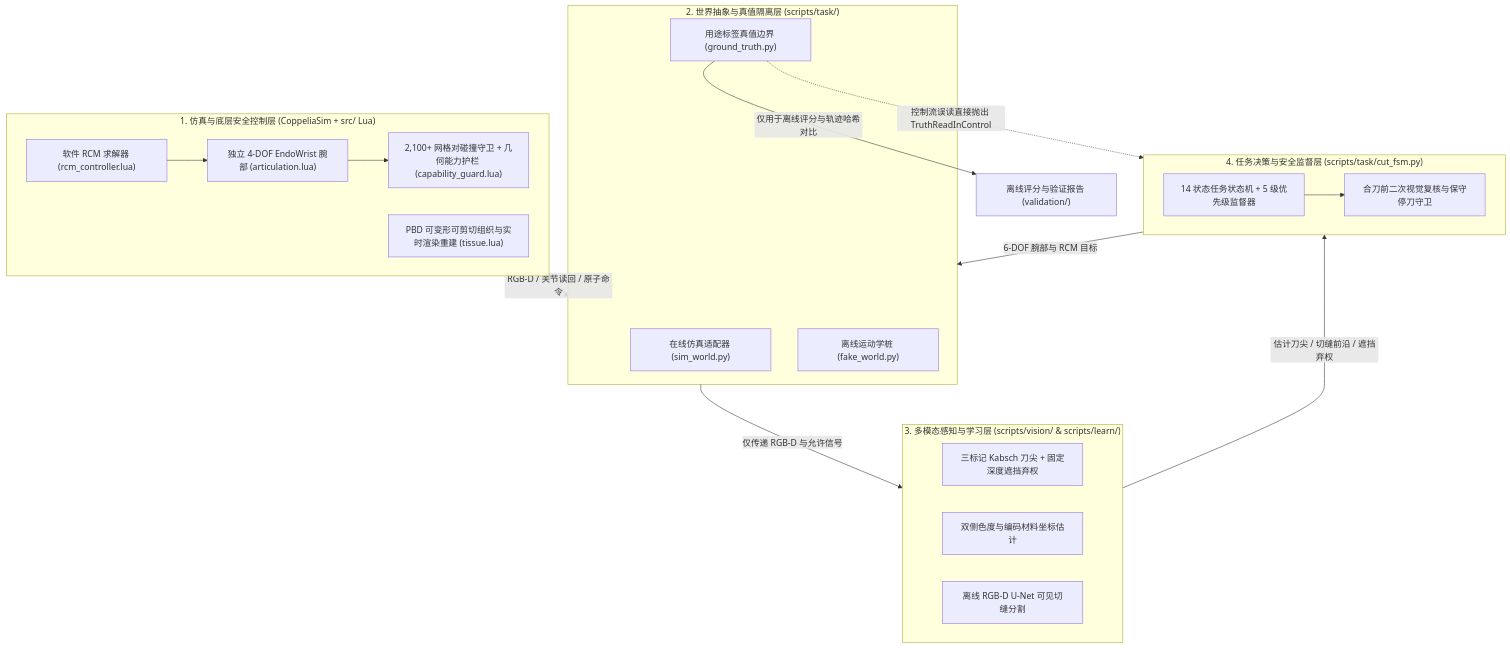
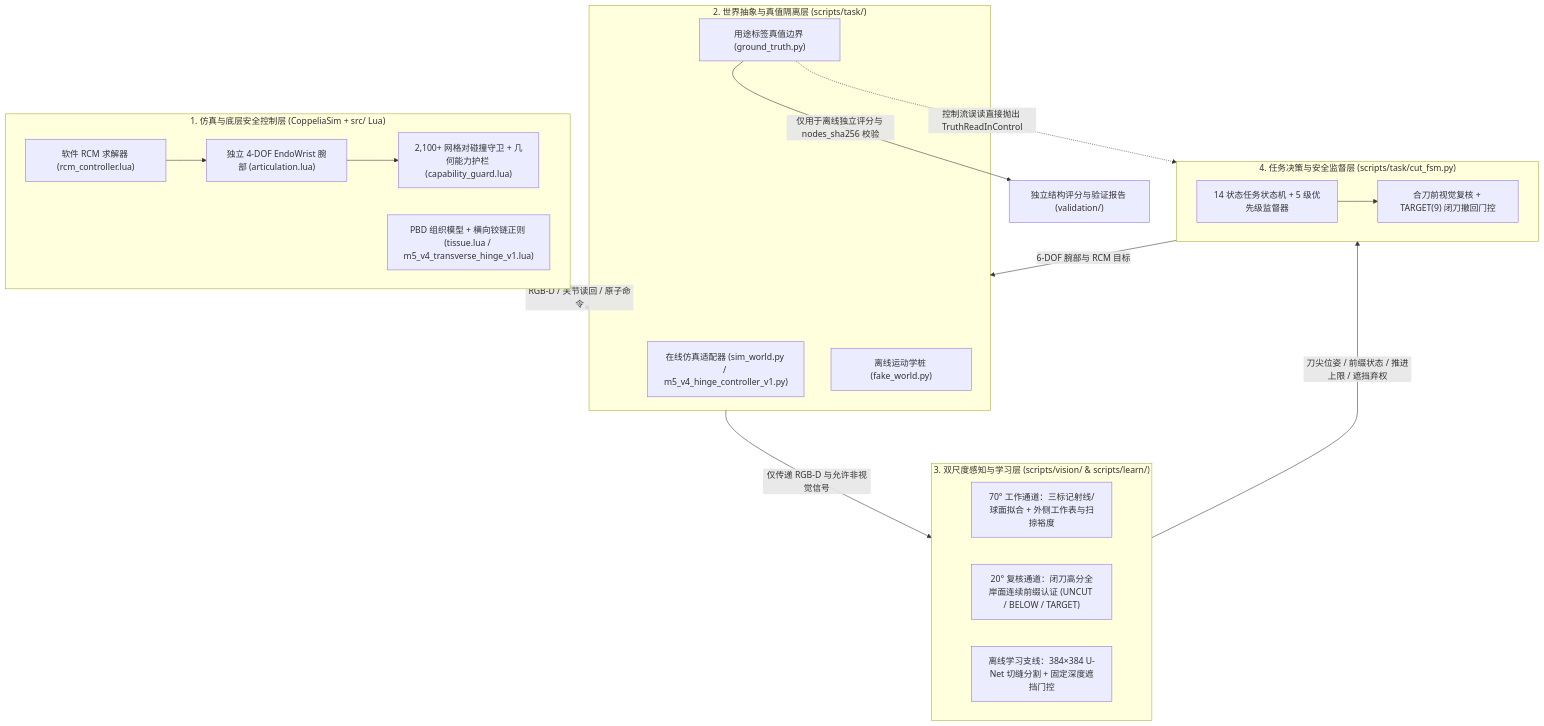
Before and after one commit to Krist21a/davinci-multiarm-rcm-simulation: the second of 5 diagrams in README.md, drawn with Mermaid. The commit also changed other lines of this file and 1 other file, not shown here.

Commit message:
Update README.md for M5-v4 closed-loop milestone with overview figure

````diff
--- a/README.md
+++ b/README.md
@@ -75,35 +77,35 @@
 ```mermaid
 flowchart TB
     subgraph SIM["1. 仿真与底层安全控制层 (CoppeliaSim + src/ Lua)"]
         RCM["软件 RCM 求解器 (rcm_controller.lua)"]
         ART["独立 4-DOF EndoWrist 腕部 (articulation.lua)"]
         GUARD["2,100+ 网格对碰撞守卫 + 几何能力护栏 (capability_guard.lua)"]
-        TISSUE["PBD 可变形可剪切组织与实时渲染重建 (tissue.lua)"]
+        TISSUE["PBD 组织模型 + 横向铰链正则 (tissue.lua / m5_v4_transverse_hinge_v1.lua)"]
         RCM --> ART --> GUARD
     end
 
     subgraph WORLD["2. 世界抽象与真值隔离层 (scripts/task/)"]
-        SIMW["在线仿真适配器 (sim_world.py)"]
+        SIMW["在线仿真适配器 (sim_world.py / m5_v4_hinge_controller_v1.py)"]
         FAKEW["离线运动学桩 (fake_world.py)"]
         GT["用途标签真值边界 (ground_truth.py)"]
     end
 
-    subgraph PERC["3. 多模态感知与学习层 (scripts/vision/ & scripts/learn/)"]
-        TIP["三标记 Kabsch 刀尖 + 固定深度遮挡弃权"]
-        SLIT["双侧色度与编码材料坐标估计"]
-        UNET["离线 RGB-D U-Net 可见切缝分割"]
+    subgraph PERC["3. 双尺度感知与学习层 (scripts/vision/ & scripts/learn/)"]
+        WORK["70° 工作通道：三标记射线/球面拟合 + 外侧工作表与扫掠裕度"]
+        REV["20° 复核通道：闭刀高分全岸面连续前缀认证 (UNCUT / BELOW / TARGET)"]
+        UNET["离线学习支线：384×384 U-Net 切缝分割 + 固定深度遮挡门控"]
     end
 
     subgraph CTRL["4. 任务决策与安全监督层 (scripts/task/cut_fsm.py)"]
         FSM["14 状态任务状态机 + 5 级优先级监督器"]
-        CHECK["合刀前二次视觉复核与保守停刀守卫"]
+        CHECK["合刀前视觉复核 + TARGET(9) 闭刀撤回门控"]
         FSM --> CHECK
     end
 
     SIM <-->|"RGB-D / 关节读回 / 原子命令"| WORLD
-    WORLD -->|"仅传递 RGB-D 与允许信号"| PERC
-    PERC -->|"估计刀尖 / 切缝前沿 / 遮挡弃权"| CTRL
+    WORLD -->|"仅传递 RGB-D 与允许非视觉信号"| PERC
+    PERC -->|"刀尖位姿 / 前缀状态 / 推进上限 / 遮挡弃权"| CTRL
     CTRL -->|"6-DOF 腕部与 RCM 目标"| WORLD
     GT -.->|"控制流误读直接抛出 TruthReadInControl"| CTRL
-    GT -->|"仅用于离线评分与轨迹哈希对比"| SCORE["离线评分与验证报告 (validation/)"]
+    GT -->|"仅用于离线独立评分与 nodes_sha256 校验"| SCORE["独立结构评分与验证报告 (validation/)"]
 ```
````
